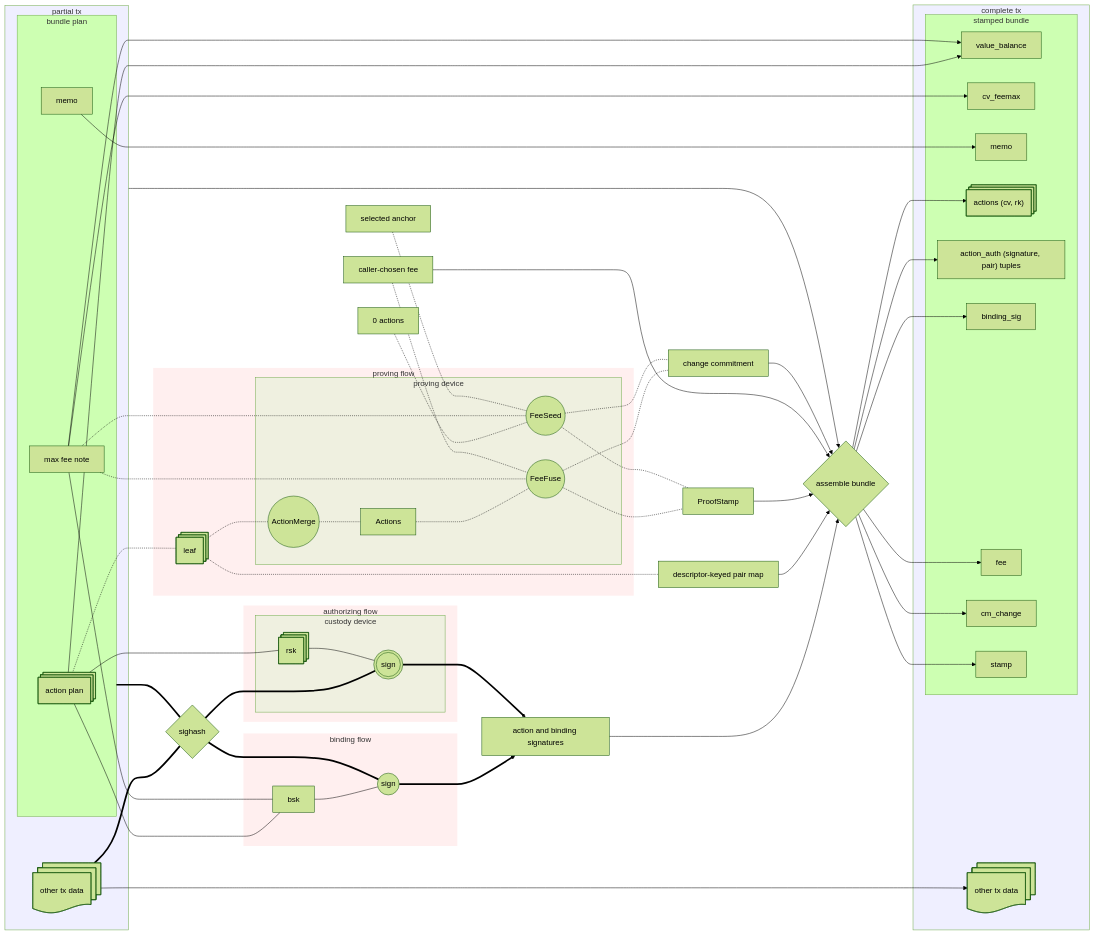
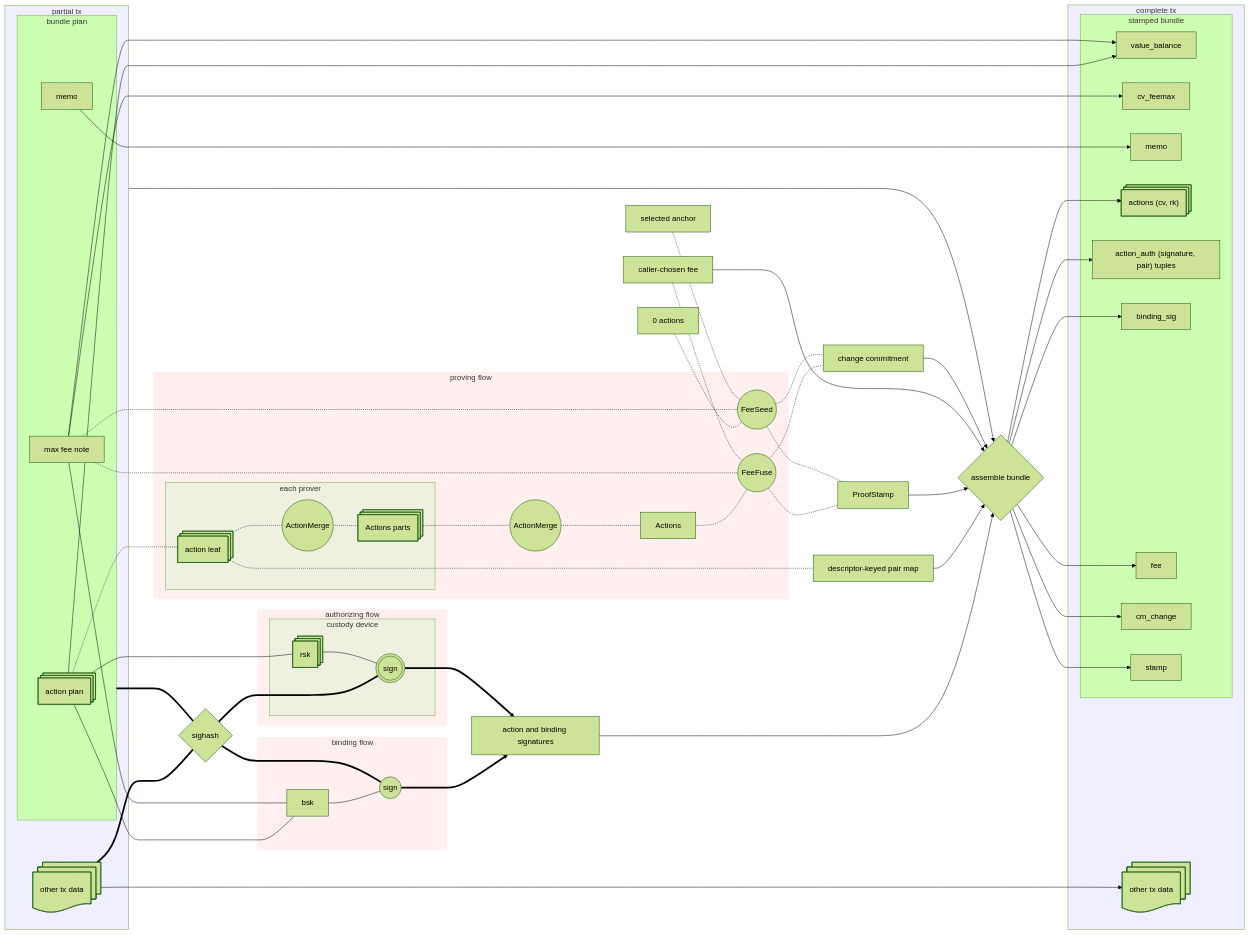
One commit to tachyon-zcash/tachyon changed the second of 3 diagrams in book/src/authorization.md. Above: the diagram before and after it, drawn with Mermaid (forest theme). The commit also changed other lines of this file and 4 other files, not shown here.

First line of the commit message:
feat(stamp): prove a bundle's actions in parts

```diff
--- a/book/src/authorization.md
+++ b/book/src/authorization.md
@@ -231,15 +231,17 @@
 
 
     subgraph proving["proving flow"]
-        leaf@{ shape: st-rect, label: "leaf" }
-        subgraph prover["proving device"]
-            merge((ActionMerge))
-            actions[Actions]
-            fee_fuse((FeeFuse))
-            fee_seed((FeeSeed))
+        subgraph prover["each prover"]
+            leaf@{ shape: st-rect, label: "action leaf" }
+            merge_leaves((ActionMerge))
+            part@{ shape: st-rect, label: "Actions parts" }
         end
+        merge_parts((ActionMerge))
+        actions[Actions]
+        fee_fuse((FeeFuse))
+        fee_seed((FeeSeed))
     end
-    action_plan -.- leaf -.- merge -.- actions -.- fee_fuse -.- proved_stamp["ProofStamp"]
+    action_plan -.- leaf -.- merge_leaves -.- part -.- merge_parts -.- actions -.- fee_fuse -.- proved_stamp["ProofStamp"]
     leaf -.- pairs["descriptor-keyed pair map"]
     zero_actions["0 actions"] -.- fee_seed -.- proved_stamp
     max_fee_note -.- fee_fuse & fee_seed -.- proved_change["change commitment"]
```
